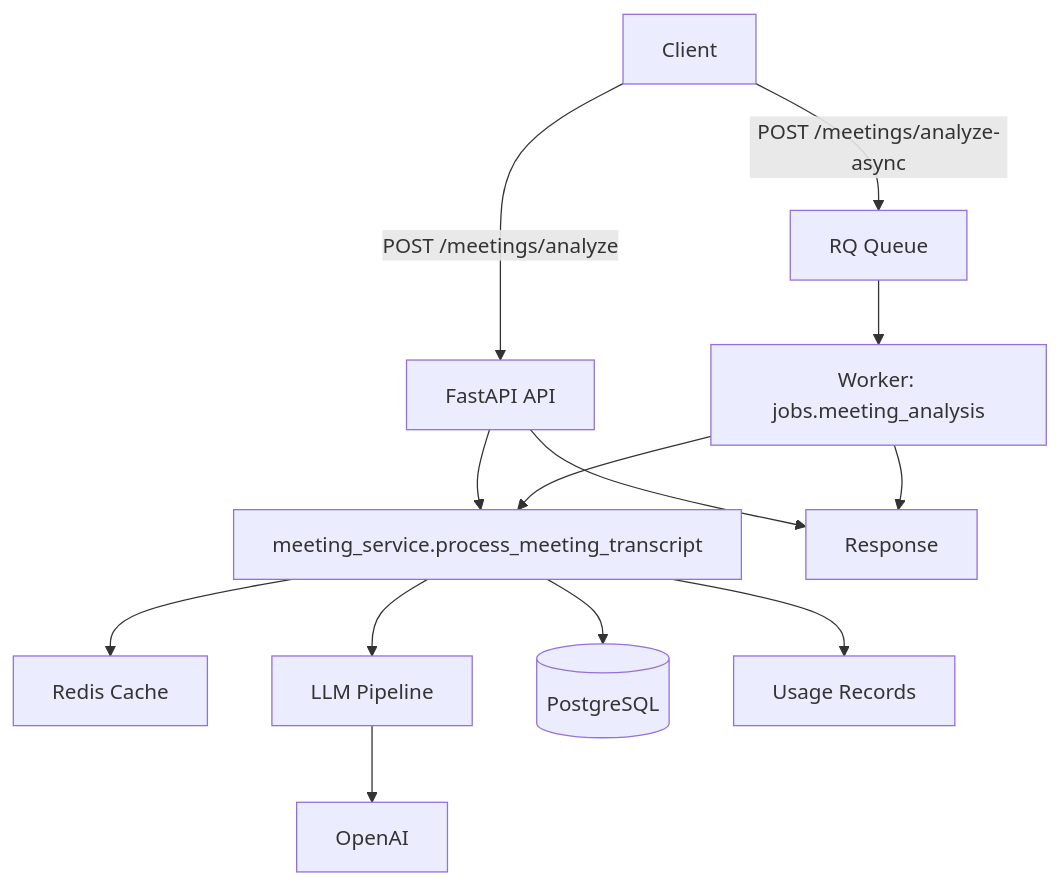
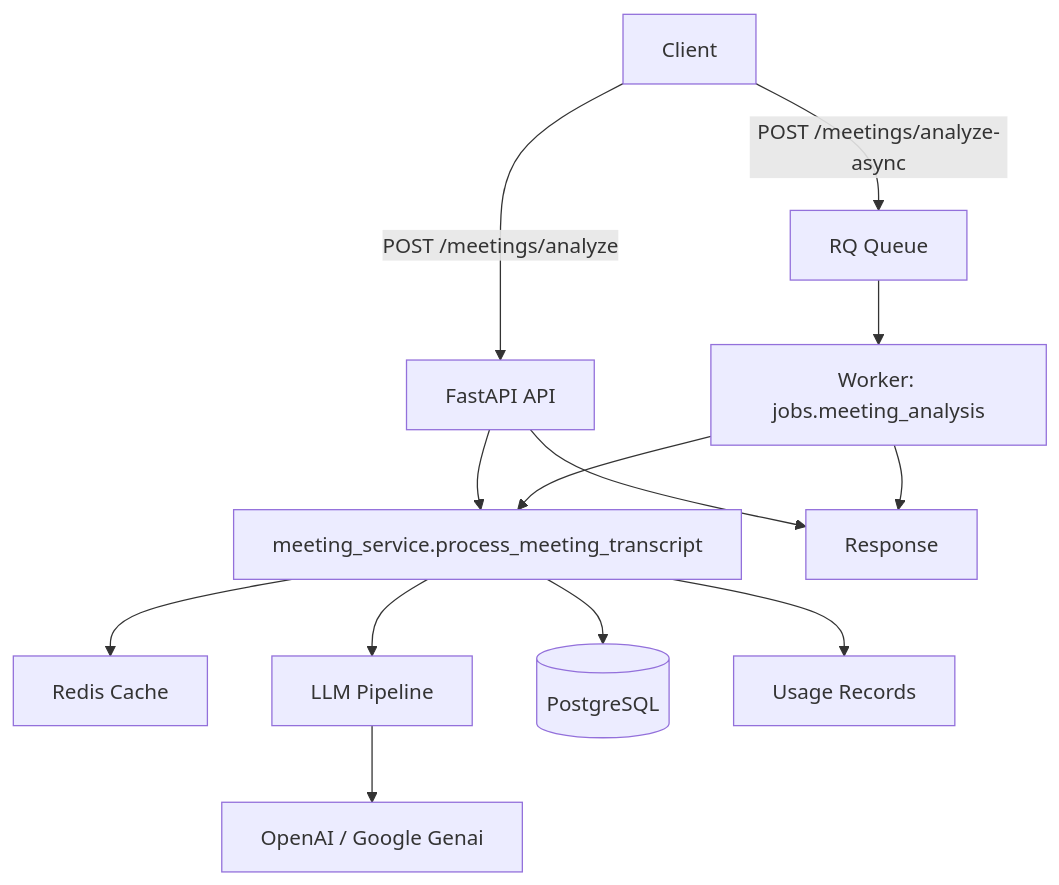
The first of 4 diagrams in README.md (Avishek-7/meeting_intel), drawn with Mermaid before and after one commit. The commit also changed other lines of this file and 7 other files, not shown here.

Commit message:
feat: enhance README with new features and improvements; add Google Genai support and development tools; update API usage instructions

````diff
--- a/README.md
+++ b/README.md
@@ -16,15 +38,15 @@
 ```mermaid
 flowchart TD
   A[Client] -->|POST /meetings/analyze| B[FastAPI API]
   A -->|POST /meetings/analyze-async| C[RQ Queue]
   C --> D[Worker: jobs.meeting_analysis]
   B --> E[meeting_service.process_meeting_transcript]
   D --> E
   E --> F[Redis Cache]
   E --> G[LLM Pipeline]
-  G --> H[OpenAI]
+  G --> H[OpenAI / Google Genai]
   E --> I[(PostgreSQL)]
   E --> J[Usage Records]
   B --> K[Response]
   D --> K
 ```
````
